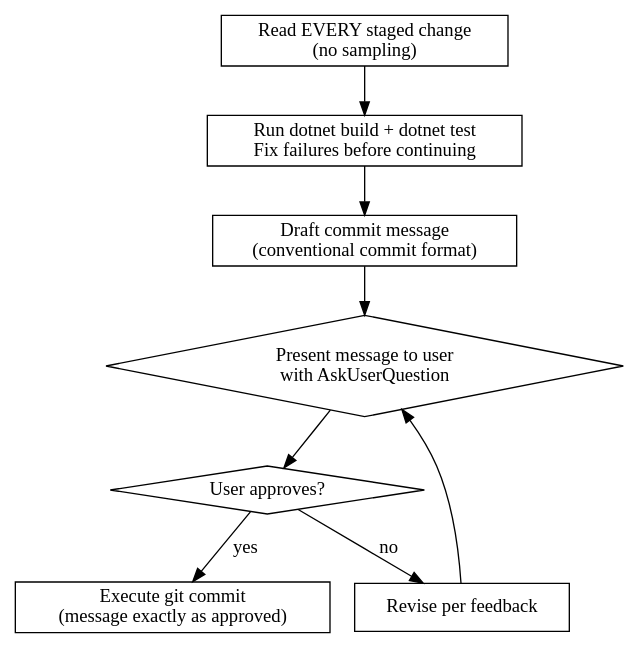
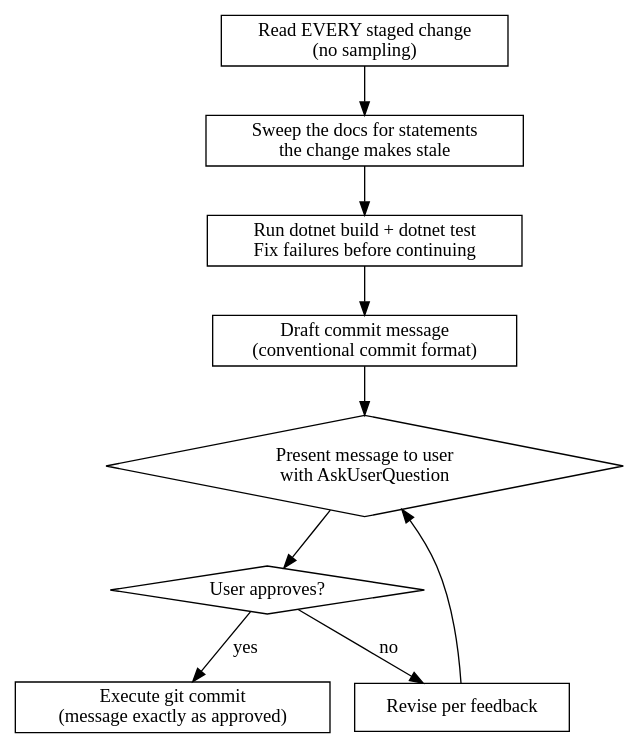
Before and after one commit to noranda/xiv-shinies-plugin: the diagram in .claude/skills/committing-code/SKILL.md, drawn with Graphviz. The commit also changed other lines of this file and 6 other files, not shown here.

First line of the commit message:
ci: add the release pipeline and a gated /releasing flow (#2)

````diff
--- a/.claude/skills/committing-code/SKILL.md
+++ b/.claude/skills/committing-code/SKILL.md
@@ -16,17 +16,18 @@
 ```dot
 digraph commit_flow {
     rankdir=TB;
     read [label="Read EVERY staged change\n(no sampling)" shape=box];
+    docs [label="Sweep the docs for statements\nthe change makes stale" shape=box];
     checks [label="Run dotnet build + dotnet test\nFix failures before continuing" shape=box];
     draft [label="Draft commit message\n(conventional commit format)" shape=box];
     present [label="Present message to user\nwith AskUserQuestion" shape=diamond];
     approved [label="User approves?" shape=diamond];
     commit [label="Execute git commit\n(message exactly as approved)" shape=box];
     revise [label="Revise per feedback" shape=box];
 
-    read -> checks -> draft -> present -> approved;
+    read -> docs -> checks -> draft -> present -> approved;
     approved -> commit [label="yes"];
     approved -> revise [label="no"];
     revise -> present;
 }
 ```
````
